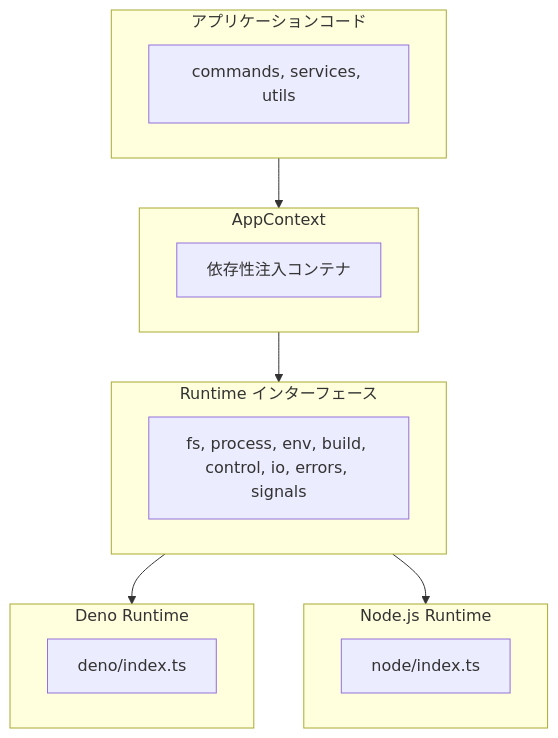
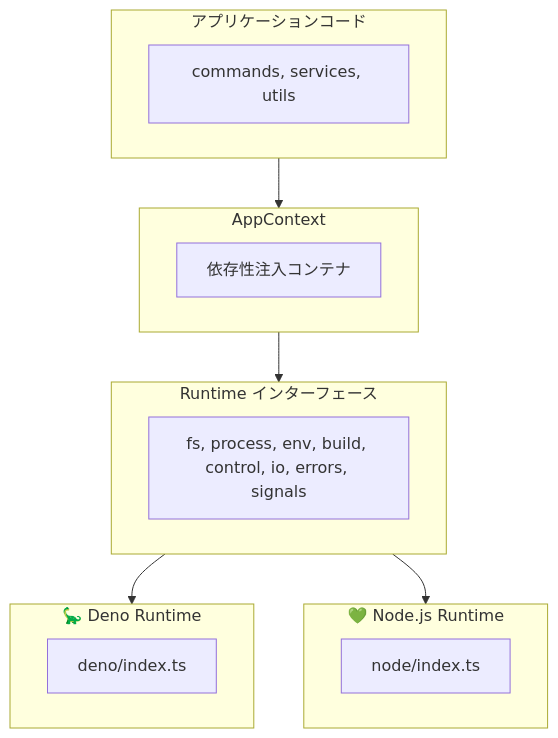
The diagram in docs/specifications/multi-runtime.ja.md (kexi/vibe), drawn with Mermaid before and after one commit. The commit also changed 1 other file, not shown here.

Commit message:
docs: add runtime icons to architecture diagram
Add emoji icons to distinguish runtimes in Mermaid diagrams:
- 🦕 for Deno Runtime
- 💚 for Node.js Runtime

````diff
--- a/docs/specifications/multi-runtime.ja.md
+++ b/docs/specifications/multi-runtime.ja.md
@@ -20,27 +20,27 @@
 ```mermaid
 flowchart TD
     subgraph App["アプリケーションコード"]
         AppDesc["commands, services, utils"]
     end
 
     subgraph Ctx["AppContext"]
         CtxDesc["依存性注入コンテナ"]
     end
 
     subgraph Runtime["Runtime インターフェース"]
         RuntimeDesc["fs, process, env, build, control, io, errors, signals"]
     end
 
-    subgraph Deno["Deno Runtime"]
+    subgraph Deno["🦕 Deno Runtime"]
         DenoDesc["deno/index.ts"]
     end
 
-    subgraph Node["Node.js Runtime"]
+    subgraph Node["💚 Node.js Runtime"]
         NodeDesc["node/index.ts"]
     end
 
     App --> Ctx
     Ctx --> Runtime
     Runtime --> Deno
     Runtime --> Node
 ```
````
